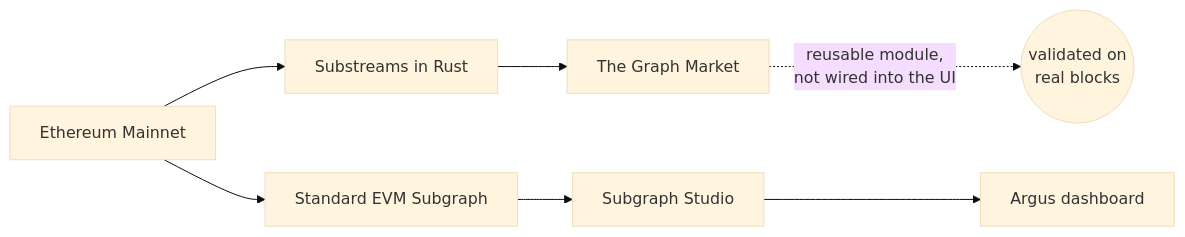
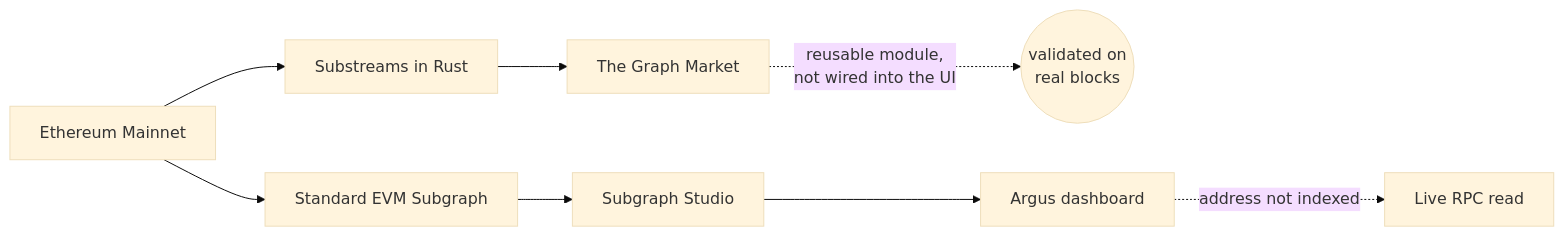
Before and after one commit to alva-p/Argus4626: the diagram in README.md, drawn with Mermaid (base theme). The commit also changed other lines of this file and 17 other files, not shown here.

First line of the commit message:
Add live any-vault RPC lookup, tactical radar, three more Sepolia incidents, collapsible sidebar

````diff
--- a/README.md
+++ b/README.md
@@ -36,10 +60,11 @@
 ```mermaid
 flowchart LR
     B[Ethereum Mainnet] --> S[Substreams in Rust]
     S --> M[The Graph Market]
     M -.->|reusable module,<br/>not wired into the UI| P((validated on<br/>real blocks))
 
     B --> G[Standard EVM Subgraph]
     G --> ST[Subgraph Studio]
     ST --> D[Argus dashboard]
+    D -.->|address not indexed| RPC[Live RPC read]
 ```
````
